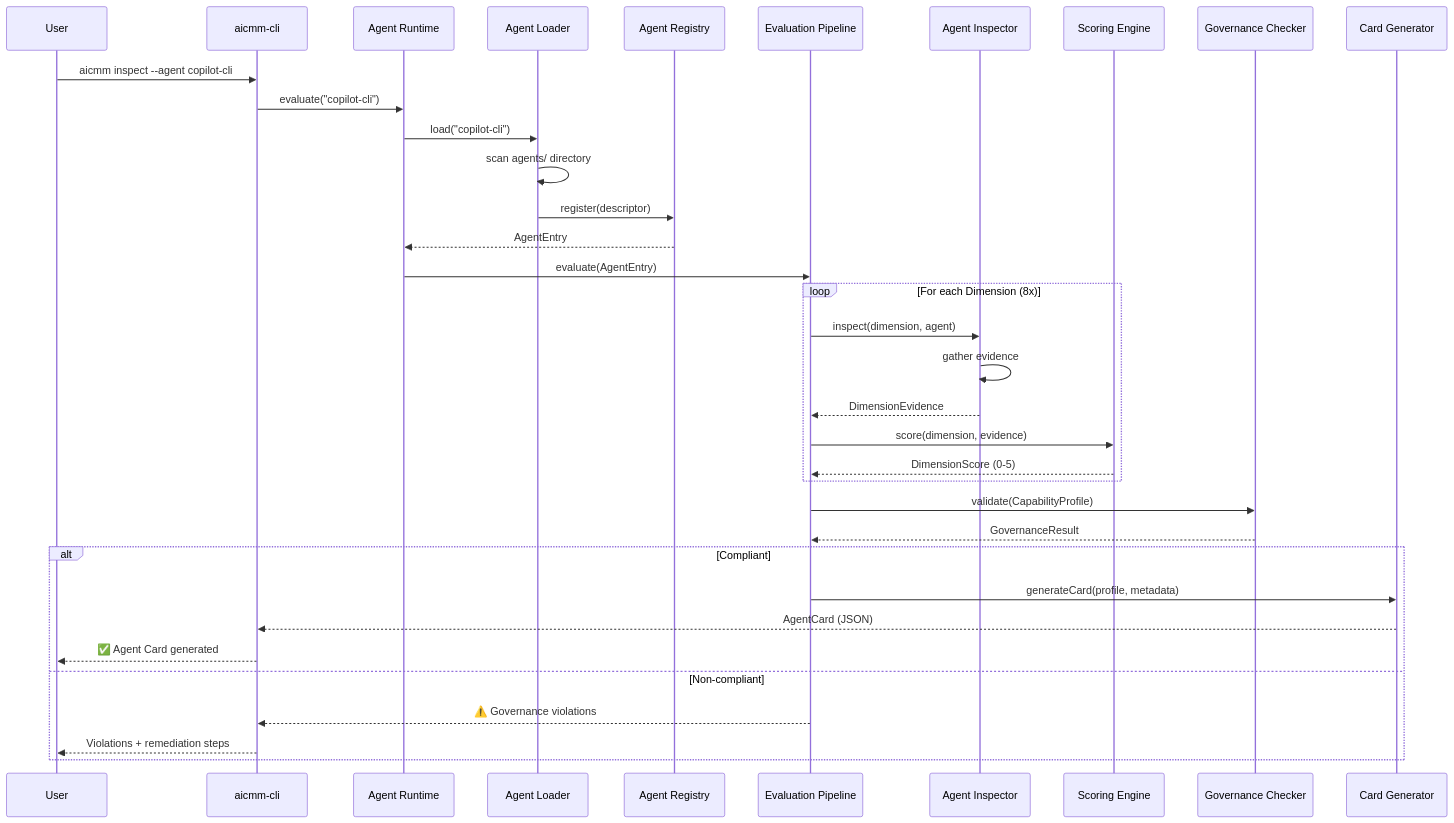
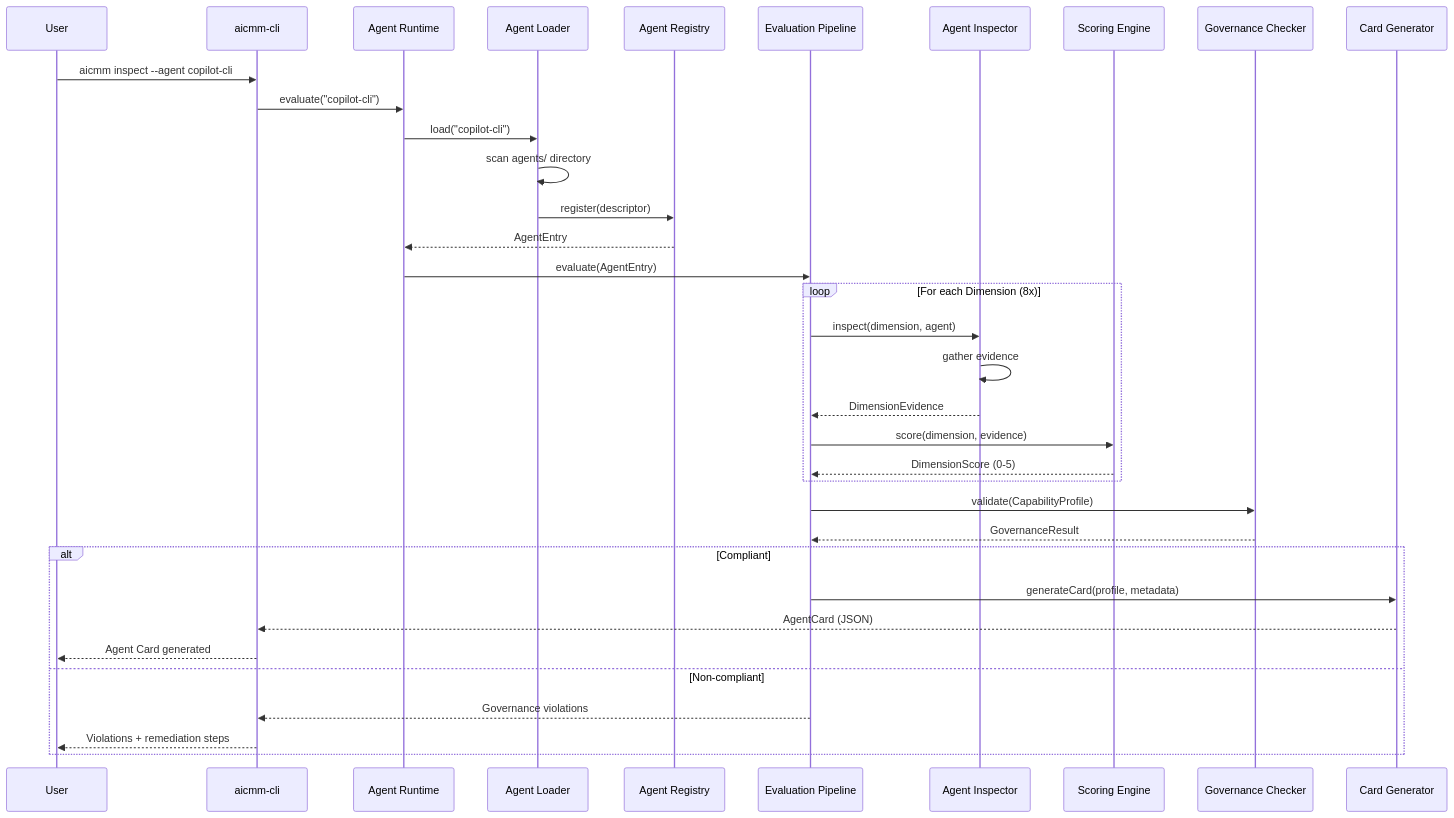
One commit to snchande/Arima-AiCMM changed the fifth of 8 diagrams in docs/architecture/platform-architecture.md. Above: the diagram before and after it, drawn with Mermaid. The commit also changed other lines of this file and 4 other files, not shown here.

First line of the commit message:
fix: Mermaid rendering and add Architecture nav link

````diff
--- a/docs/architecture/platform-architecture.md
+++ b/docs/architecture/platform-architecture.md
@@ -267,43 +267,43 @@
 ```mermaid
 sequenceDiagram
     participant User
     participant CLI as aicmm-cli
     participant RT as Agent Runtime
     participant Loader as Agent Loader
     participant Registry as Agent Registry
     participant Pipeline as Evaluation Pipeline
     participant Inspector as Agent Inspector
     participant Scoring as Scoring Engine
     participant Gov as Governance Checker
     participant Output as Card Generator
 
     User->>CLI: aicmm inspect --agent copilot-cli
     CLI->>RT: evaluate("copilot-cli")
 
     RT->>Loader: load("copilot-cli")
     Loader->>Loader: scan agents/ directory
     Loader->>Registry: register(descriptor)
     Registry-->>RT: AgentEntry
 
     RT->>Pipeline: evaluate(AgentEntry)
 
     loop For each Dimension (8x)
         Pipeline->>Inspector: inspect(dimension, agent)
         Inspector->>Inspector: gather evidence
         Inspector-->>Pipeline: DimensionEvidence
         Pipeline->>Scoring: score(dimension, evidence)
         Scoring-->>Pipeline: DimensionScore (0-5)
     end
 
     Pipeline->>Gov: validate(CapabilityProfile)
     Gov-->>Pipeline: GovernanceResult
 
     alt Compliant
         Pipeline->>Output: generateCard(profile, metadata)
         Output-->>CLI: AgentCard (JSON)
-        CLI-->>User: ✅ Agent Card generated
+        CLI-->>User: Agent Card generated
     else Non-compliant
-        Pipeline-->>CLI: ⚠️ Governance violations
+        Pipeline-->>CLI: Governance violations
         CLI-->>User: Violations + remediation steps
     end
 ```
````
